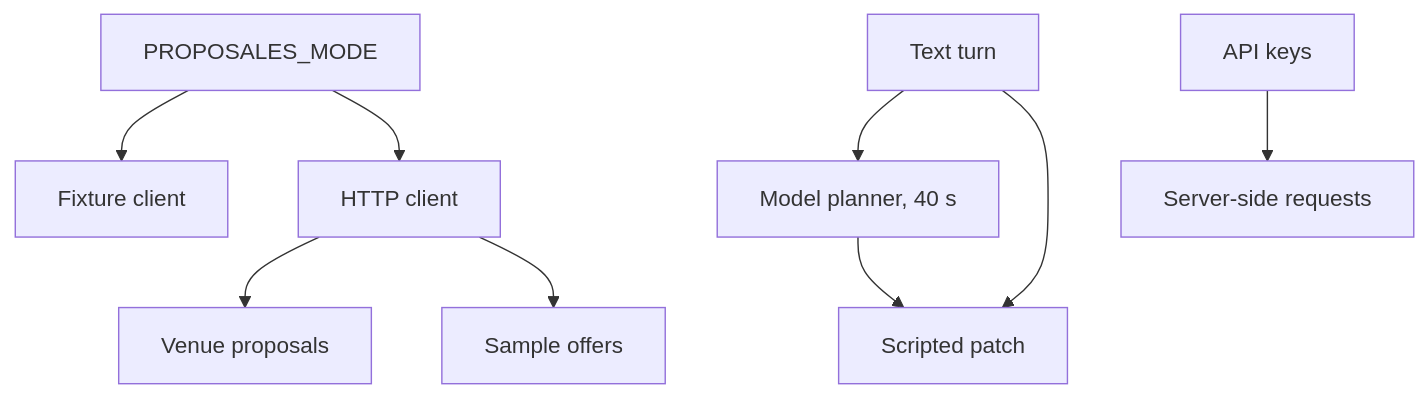
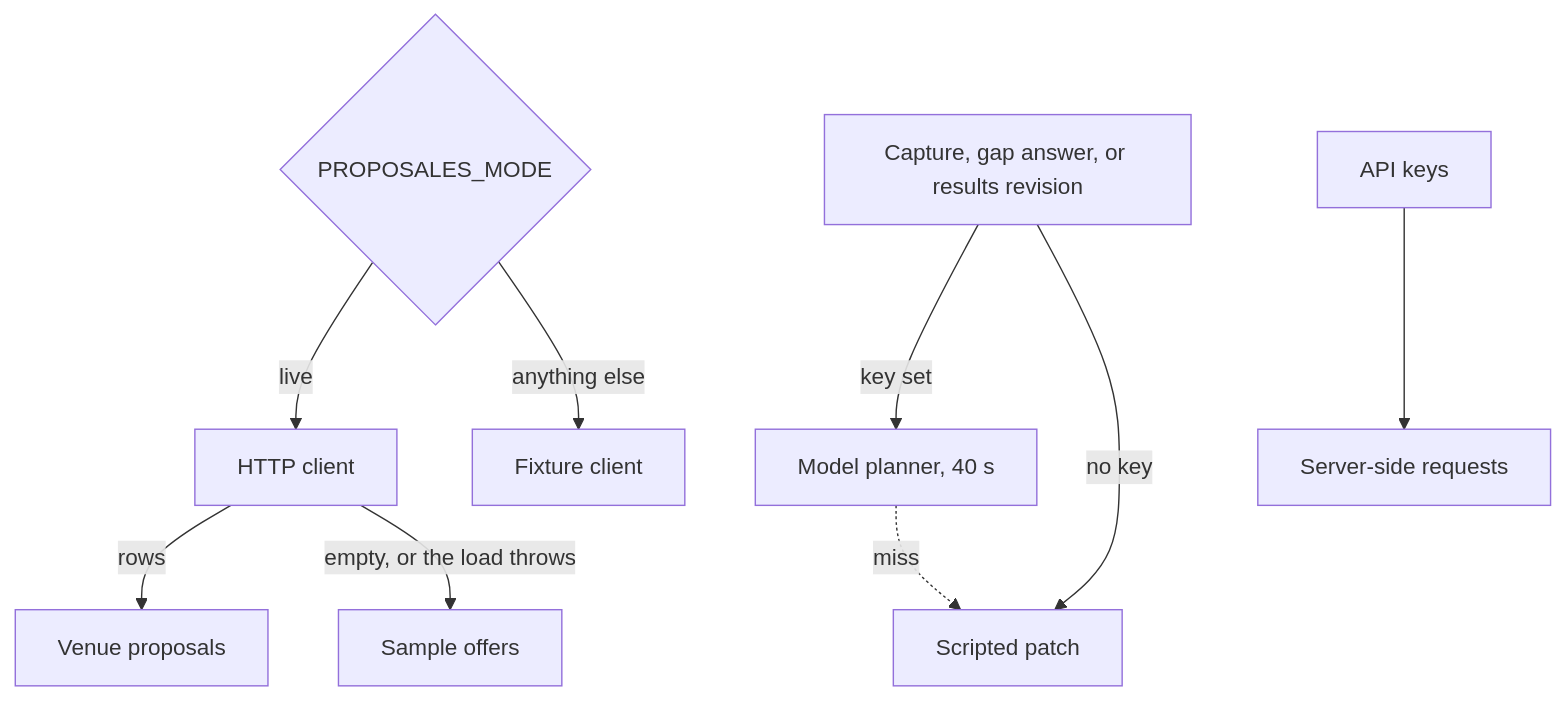
The tenth of 14 diagrams in planner-bench/docs/ARCHITECTURE.md (p10ns11y/proposales-planner-bench), drawn with Mermaid before and after one commit. The commit also changed other lines of this file and 11 other files, not shown here.

First line of the commit message:
Revise the planner architecture doc (#14)

````diff
--- a/planner-bench/docs/ARCHITECTURE.md
+++ b/planner-bench/docs/ARCHITECTURE.md
@@ -92,11 +230,11 @@
 ```mermaid
 flowchart TD
-  mode["PROPOSALES_MODE"] --> fixture["Fixture client"]
-  mode --> live["HTTP client"]
-  live --> rows["Venue proposals"]
-  live --> sample["Sample offers"]
-  text["Text turn"] --> model["Model planner, 40 s"]
-  text --> scripted["Scripted patch"]
-  model --> scripted
+  mode{"PROPOSALES_MODE"} -->|live| live["HTTP client"]
+  mode -->|anything else| fixture["Fixture client"]
+  live -->|rows| rows["Venue proposals"]
+  live -->|empty, or the load throws| sample["Sample offers"]
+  text["Capture, gap answer, or results revision"] -->|key set| model["Model planner, 40 s"]
+  text -->|no key| scripted["Scripted patch"]
+  model -.->|miss| scripted
   keys["API keys"] --> server["Server-side requests"]
 ```
````
